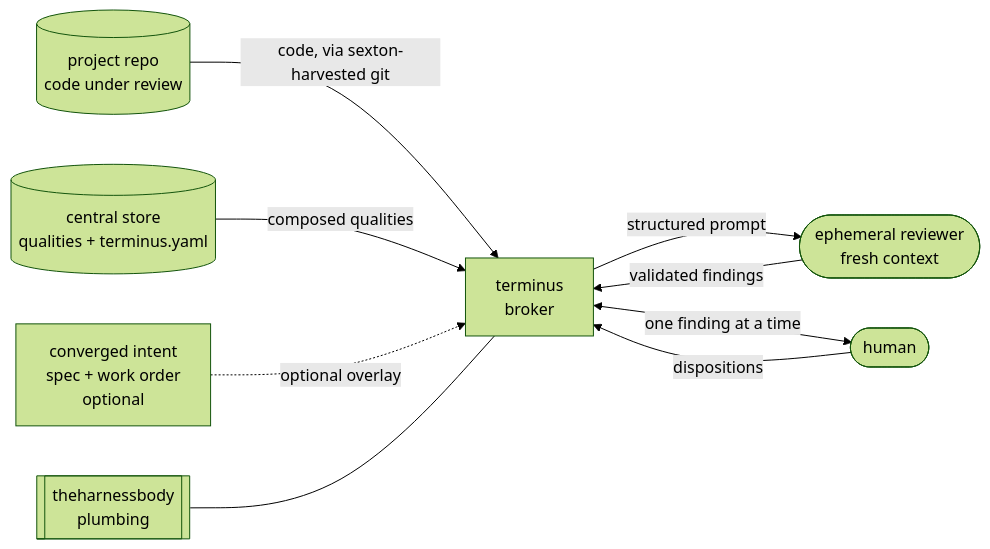
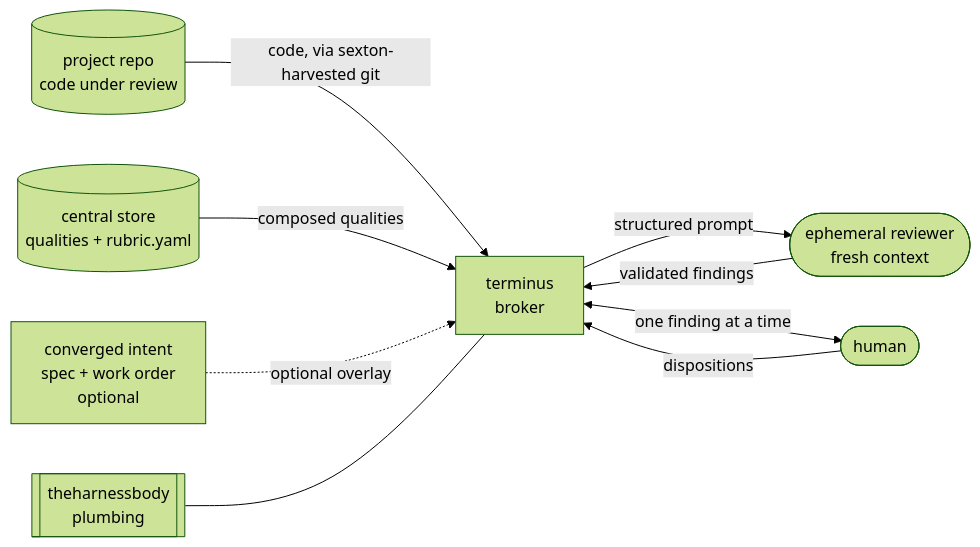
Before and after one commit to michaelquigley/terminus: the diagram in docs/future/terminus-vision.md, drawn with Mermaid (forest theme). The commit also changed other lines of this file and 2 other files, not shown here.

Commit message:
terminus spec+work order; reviewed

````diff
--- a/docs/future/terminus-vision.md
+++ b/docs/future/terminus-vision.md
@@ -23,19 +23,19 @@
 ```mermaid
 flowchart LR
     Repo[(project repo\ncode under review)]
-    Store[(central store\nqualities + terminus.yaml)]
+    Store[(central store\nqualities + rubric.yaml)]
     Intent[converged intent\nspec + work order\noptional]
     THB[[theharnessbody\nplumbing]]
     T[terminus\nbroker]
     Reviewer([ephemeral reviewer\nfresh context])
     Human([human])
 
     Repo -->|code, via sexton-harvested git| T
     Store -->|composed qualities| T
     Intent -.optional overlay.-> T
     THB --- T
     T -->|structured prompt| Reviewer
     Reviewer -->|validated findings| T
     T <-->|one finding at a time| Human
     Human -->|dispositions| T
 ```
````
